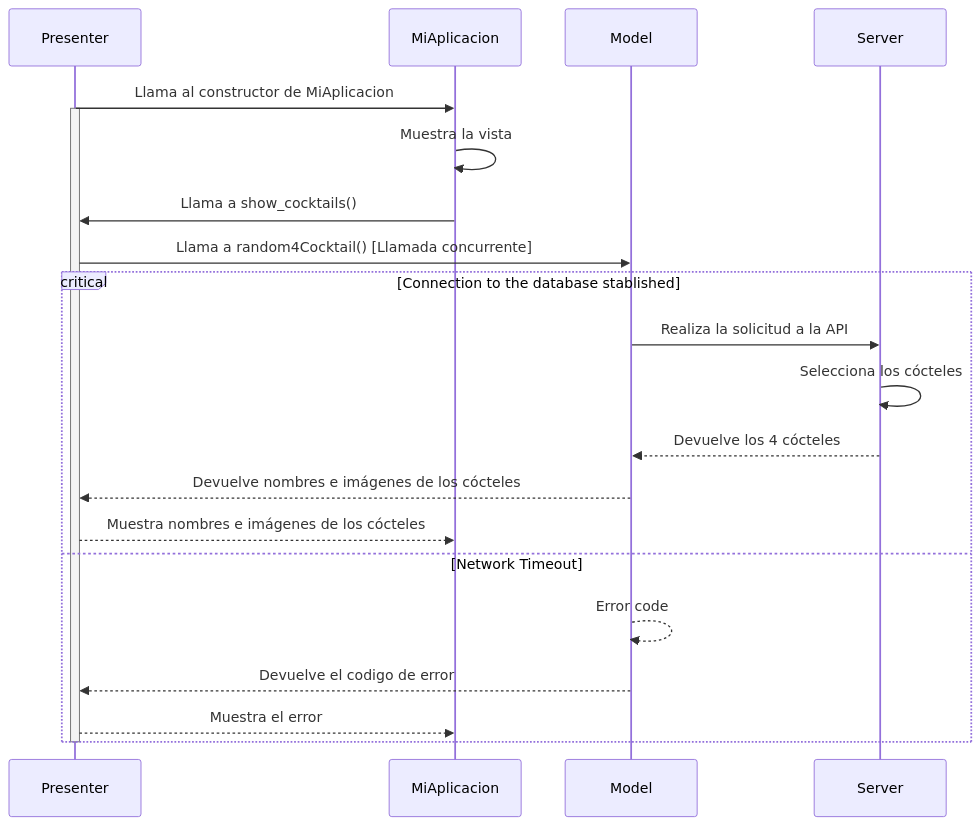
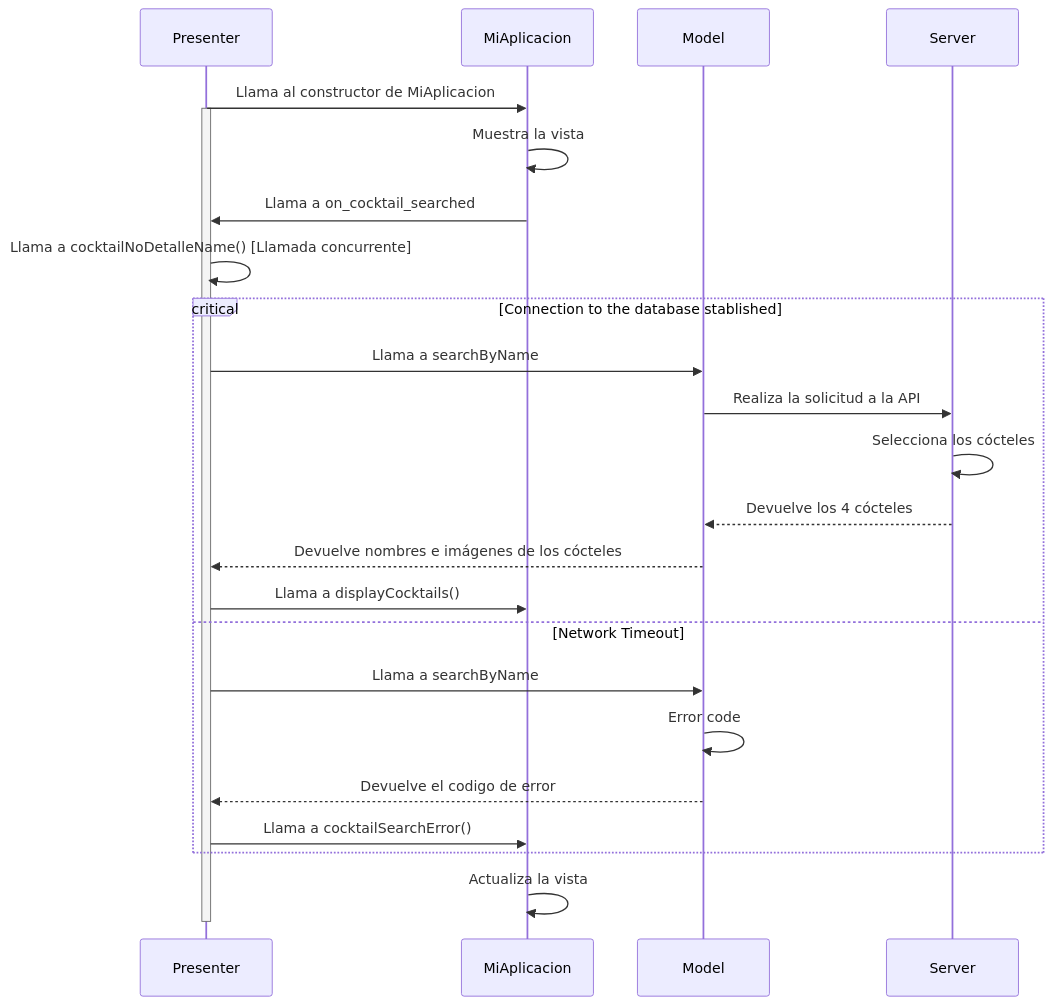
The fourth of 7 diagrams in Desktop/diseño_sw.md (braisf03/IPM), drawn with Mermaid before and after one commit. The commit also changed other lines of this file, not shown here.

````diff
--- a/Desktop/diseño_sw.md
+++ b/Desktop/diseño_sw.md
@@ -167,32 +167,34 @@
 ```mermaid
 sequenceDiagram
 
 #--------------Definiciones de actores--------------#
     participant Presenter as Presenter
     participant MiAplicacion as MiAplicacion
     participant Model as Model
     participant Server as Server
 
 #--------------Inicio de la aplicación--------------#
     Presenter->>MiAplicacion: Llama al constructor de MiAplicacion
     activate Presenter
     MiAplicacion->>MiAplicacion: Muestra la vista
-    MiAplicacion->>Presenter: Llama a show_cocktails()
-    Presenter->>Model: Llama a random4Cocktail() [Llamada concurrente]
+    MiAplicacion->>Presenter: Llama a on_cocktail_searched
+    Presenter->>Presenter: Llama a cocktailNoDetalleName() [Llamada concurrente]
 
 #-------------Accesos a la base de datos------------#        
     critical Connection to the database stablished
+        Presenter->>Model: Llama a searchByName
         Model->>Server: Realiza la solicitud a la API
         Server->>Server: Selecciona los cócteles
         Server-->>Model: Devuelve los 4 cócteles
         Model-->>Presenter: Devuelve nombres e imágenes de los cócteles
-        Presenter-->>MiAplicacion: Muestra nombres e imágenes de los cócteles
-    option Network Timeout   
-            Model-->>Model: Error code
+        Presenter->>MiAplicacion: Llama a displayCocktails()
+    option Network Timeout
+            Presenter->>Model: Llama a searchByName   
+            Model->>Model: Error code
             Model-->>Presenter: Devuelve el codigo de error
-            Presenter-->>MiAplicacion: Muestra el error
+            Presenter->>MiAplicacion: Llama a cocktailSearchError()
     end
-   
+   MiAplicacion->>MiAplicacion: Actualiza la vista
+
     deactivate Presenter
-
 ```
````
